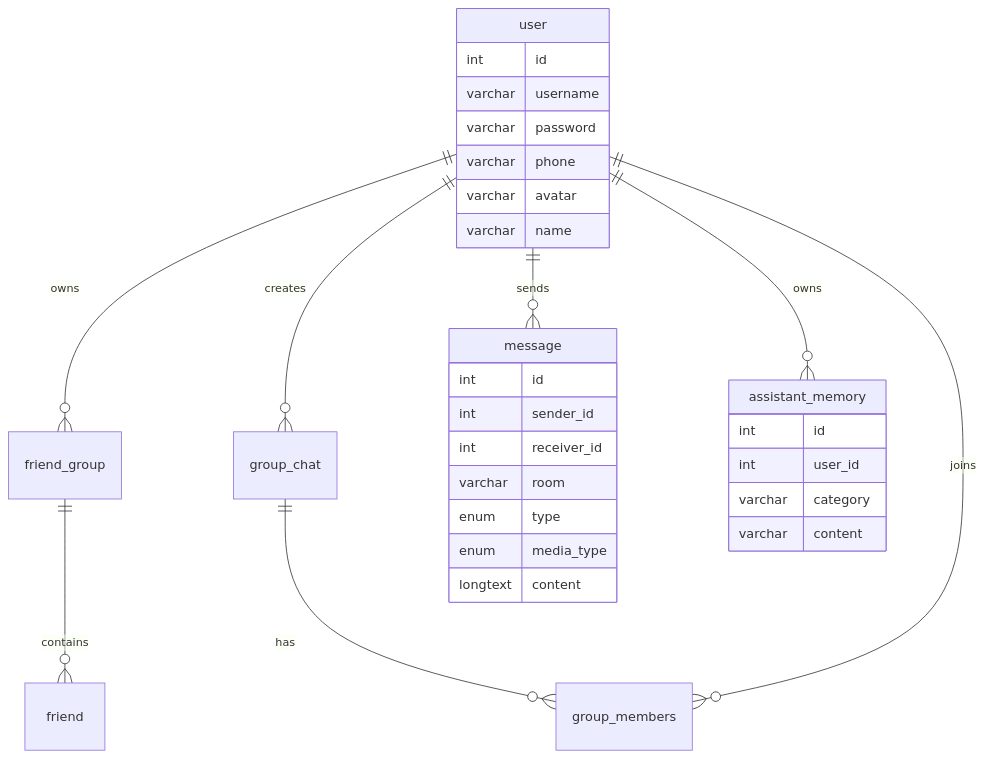
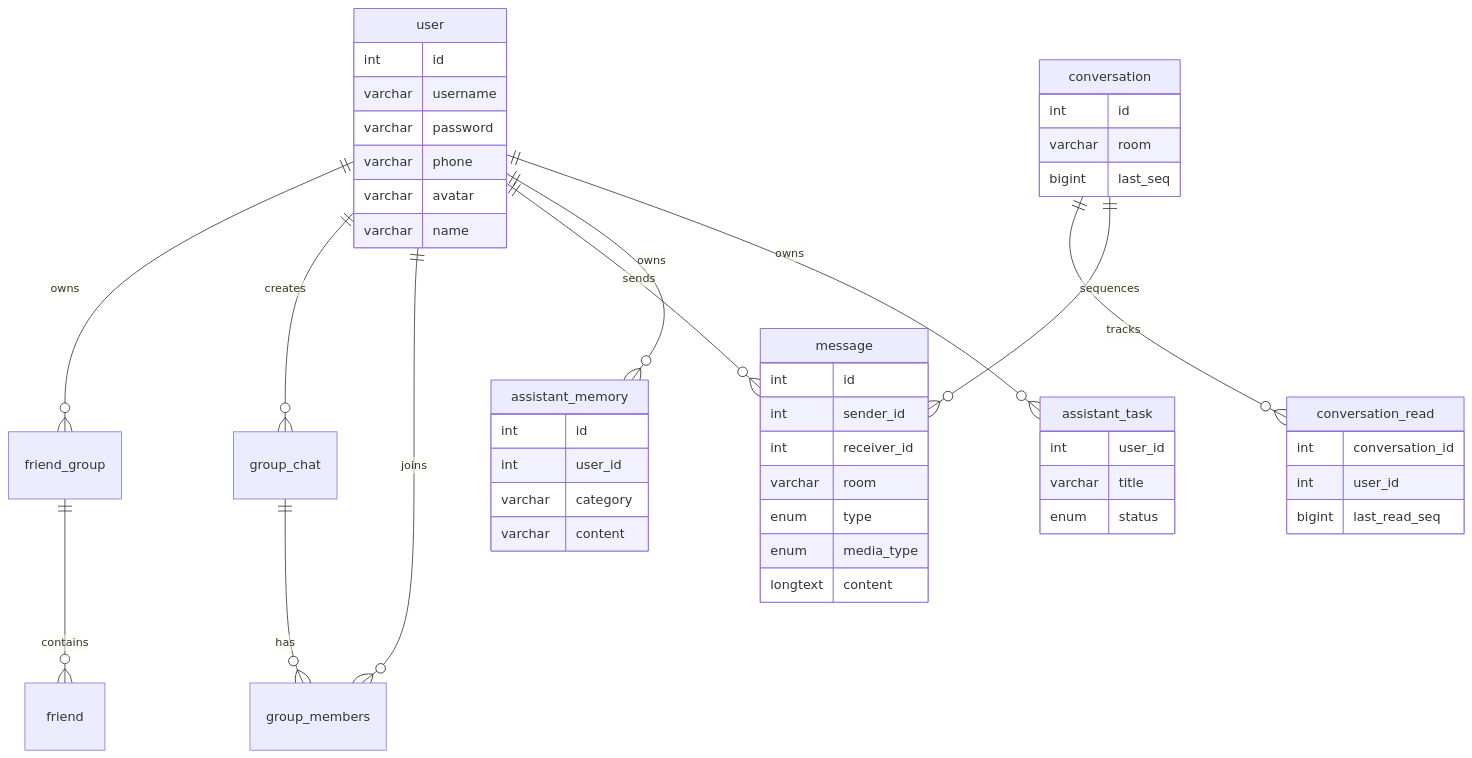
Before and after one commit to davent10086/pomelo-chat: the fourth of 4 diagrams in README.md, drawn with Mermaid. The commit also changed other lines of this file, not shown here.

````diff
--- a/README.md
+++ b/README.md
@@ -157,34 +163,52 @@
 ```mermaid
 erDiagram
   user ||--o{ friend_group : owns
   friend_group ||--o{ friend : contains
   user ||--o{ group_chat : creates
   group_chat ||--o{ group_members : has
   user ||--o{ group_members : joins
   user ||--o{ message : sends
   user ||--o{ assistant_memory : owns
+  user ||--o{ assistant_task : owns
+  conversation ||--o{ conversation_read : tracks
+  conversation ||--o{ message : sequences
 
   user {
     int id
     varchar username
     varchar password
     varchar phone
     varchar avatar
     varchar name
   }
   message {
     int id
     int sender_id
     int receiver_id
     varchar room
     enum type
     enum media_type
     longtext content
   }
   assistant_memory {
     int id
     int user_id
     varchar category
     varchar content
   }
+  conversation {
+    int id
+    varchar room
+    bigint last_seq
+  }
+  conversation_read {
+    int conversation_id
+    int user_id
+    bigint last_read_seq
+  }
+  assistant_task {
+    int user_id
+    varchar title
+    enum status
+  }
 ```
````
